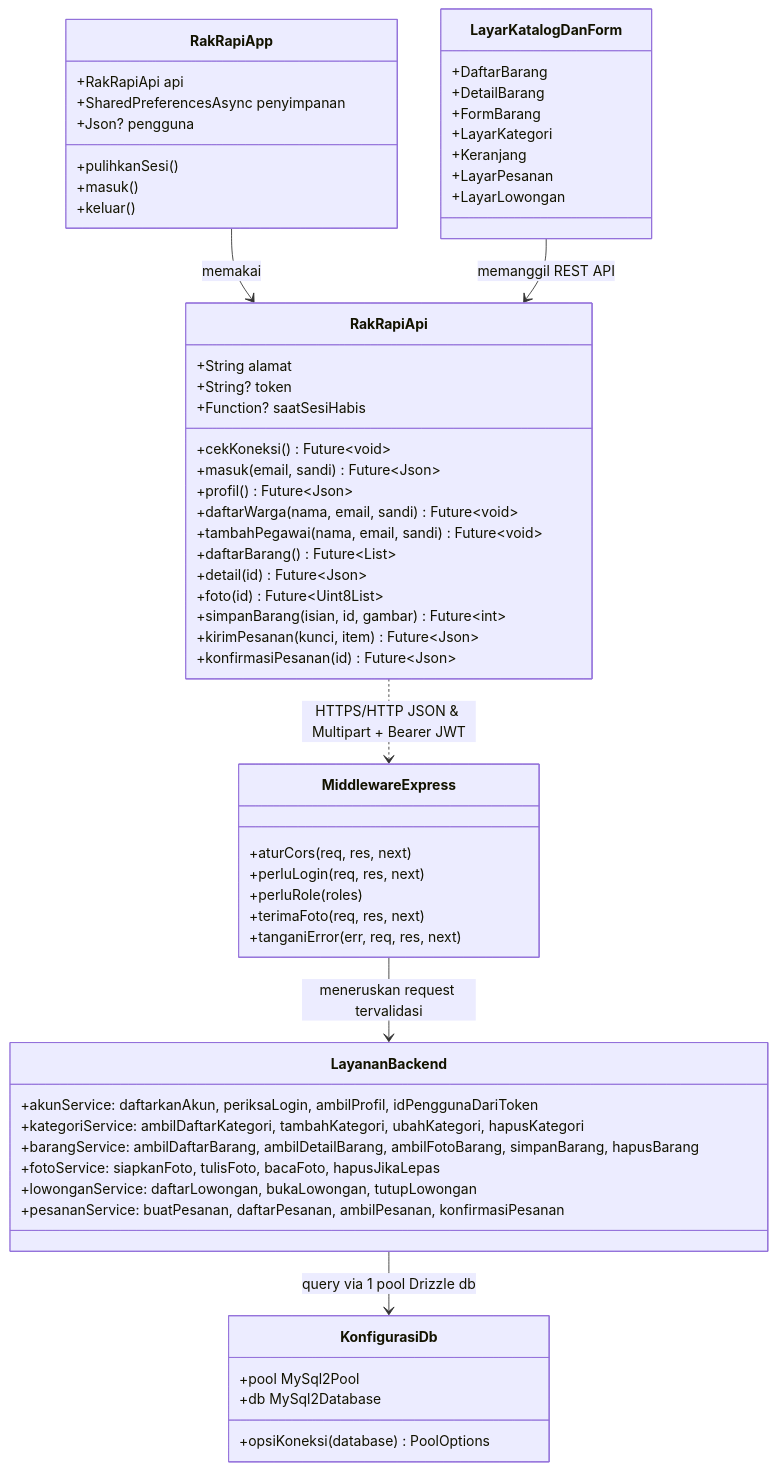
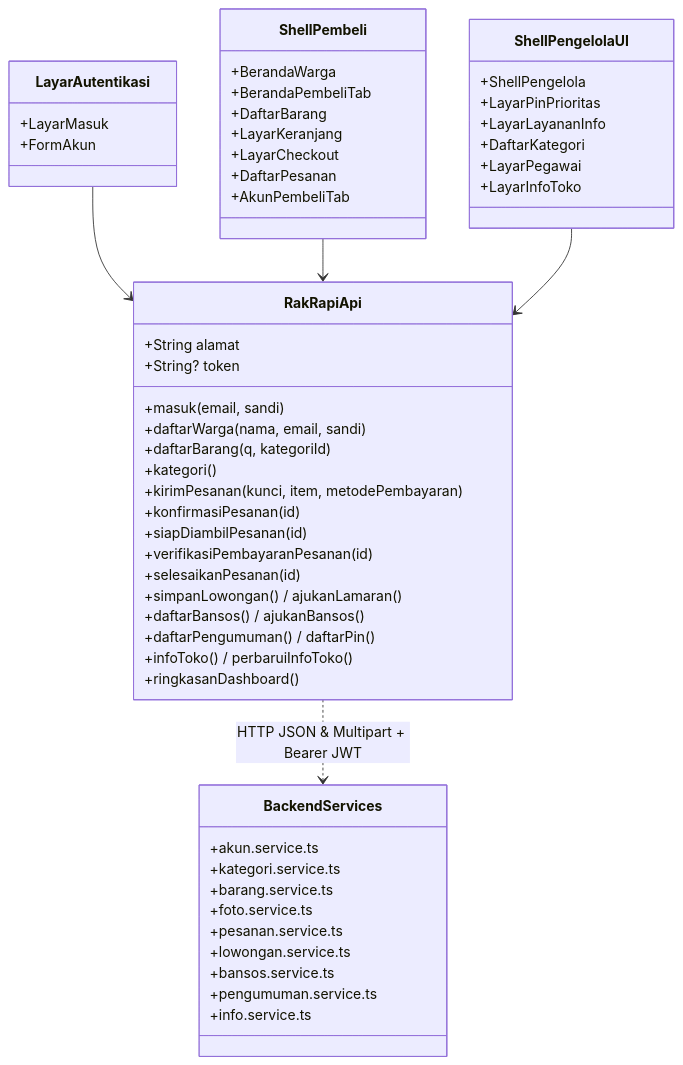
The fifth of 5 diagrams in docs/DIAGRAM-DAN-BLACKBOX-RAKRAPI.md (kaysan2519/RakRapi), drawn with Mermaid before and after one commit. The commit also changed other lines of this file and 13 other files, not shown here.

Commit message:
docs: sinkronkan SRS, ERD 11 tabel, dokumentasi API, blackbox, panduan presentasi, dan bukti Pixel 8 V3

````diff
--- a/docs/DIAGRAM-DAN-BLACKBOX-RAKRAPI.md
+++ b/docs/DIAGRAM-DAN-BLACKBOX-RAKRAPI.md
@@ -168,67 +226,62 @@
 ```mermaid
 classDiagram
     class RakRapiApi {
         +String alamat
         +String? token
-        +Function? saatSesiHabis
-        +cekKoneksi() Future~void~
-        +masuk(email, sandi) Future~Json~
-        +profil() Future~Json~
-        +daftarWarga(nama, email, sandi) Future~void~
-        +tambahPegawai(nama, email, sandi) Future~void~
-        +daftarBarang() Future~List~
-        +detail(id) Future~Json~
-        +foto(id) Future~Uint8List~
-        +simpanBarang(isian, id, gambar) Future~int~
-        +kirimPesanan(kunci, item) Future~Json~
-        +konfirmasiPesanan(id) Future~Json~
+        +masuk(email, sandi)
+        +daftarWarga(nama, email, sandi)
+        +daftarBarang(q, kategoriId)
+        +kategori()
+        +kirimPesanan(kunci, item, metodePembayaran)
+        +konfirmasiPesanan(id)
+        +siapDiambilPesanan(id)
+        +verifikasiPembayaranPesanan(id)
+        +selesaikanPesanan(id)
+        +simpanLowongan() / ajukanLamaran()
+        +daftarBansos() / ajukanBansos()
+        +daftarPengumuman() / daftarPin()
+        +infoToko() / perbaruiInfoToko()
+        +ringkasanDashboard()
     }
 
-    class RakRapiApp {
-        +RakRapiApi api
-        +SharedPreferencesAsync penyimpanan
-        +Json? pengguna
-        +pulihkanSesi()
-        +masuk()
-        +keluar()
+    class LayarAutentikasi {
+        +LayarMasuk
+        +FormAkun
     }
 
-    class LayarKatalogDanForm {
+    class ShellPembeli {
+        +BerandaWarga
+        +BerandaPembeliTab
         +DaftarBarang
-        +DetailBarang
-        +FormBarang
-        +LayarKategori
-        +Keranjang
-        +LayarPesanan
-        +LayarLowongan
+        +LayarKeranjang
+        +LayarCheckout
+        +DaftarPesanan
+        +AkunPembeliTab
     }
 
-    class KonfigurasiDb {
-        +opsiKoneksi(database) PoolOptions
-        +pool MySql2Pool
-        +db MySql2Database
+    class ShellPengelolaUI {
+        +ShellPengelola
+        +LayarPinPrioritas
+        +LayarLayananInfo
+        +DaftarKategori
+        +LayarPegawai
+        +LayarInfoToko
     }
 
-    class MiddlewareExpress {
-        +aturCors(req, res, next)
-        +perluLogin(req, res, next)
-        +perluRole(roles)
-        +terimaFoto(req, res, next)
-        +tanganiError(err, req, res, next)
+    class BackendServices {
+        +akun.service.ts
+        +kategori.service.ts
+        +barang.service.ts
+        +foto.service.ts
+        +pesanan.service.ts
+        +lowongan.service.ts
+        +bansos.service.ts
+        +pengumuman.service.ts
+        +info.service.ts
     }
 
-    class LayananBackend {
-        +akunService: daftarkanAkun, periksaLogin, ambilProfil, idPenggunaDariToken
-        +kategoriService: ambilDaftarKategori, tambahKategori, ubahKategori, hapusKategori
-        +barangService: ambilDaftarBarang, ambilDetailBarang, ambilFotoBarang, simpanBarang, hapusBarang
-        +fotoService: siapkanFoto, tulisFoto, bacaFoto, hapusJikaLepas
-        +lowonganService: daftarLowongan, bukaLowongan, tutupLowongan
-        +pesananService: buatPesanan, daftarPesanan, ambilPesanan, konfirmasiPesanan
-    }
-
-    RakRapiApp --> RakRapiApi : memakai
-    LayarKatalogDanForm --> RakRapiApi : memanggil REST API
-    RakRapiApi ..> MiddlewareExpress : HTTPS/HTTP JSON & Multipart + Bearer JWT
-    MiddlewareExpress --> LayananBackend : meneruskan request tervalidasi
-    LayananBackend --> KonfigurasiDb : query via 1 pool Drizzle db
+    LayarAutentikasi --> RakRapiApi
+    ShellPembeli --> RakRapiApi
+    ShellPengelolaUI --> RakRapiApi
+    RakRapiApi ..> BackendServices : HTTP JSON & Multipart + Bearer JWT
 ```
````
